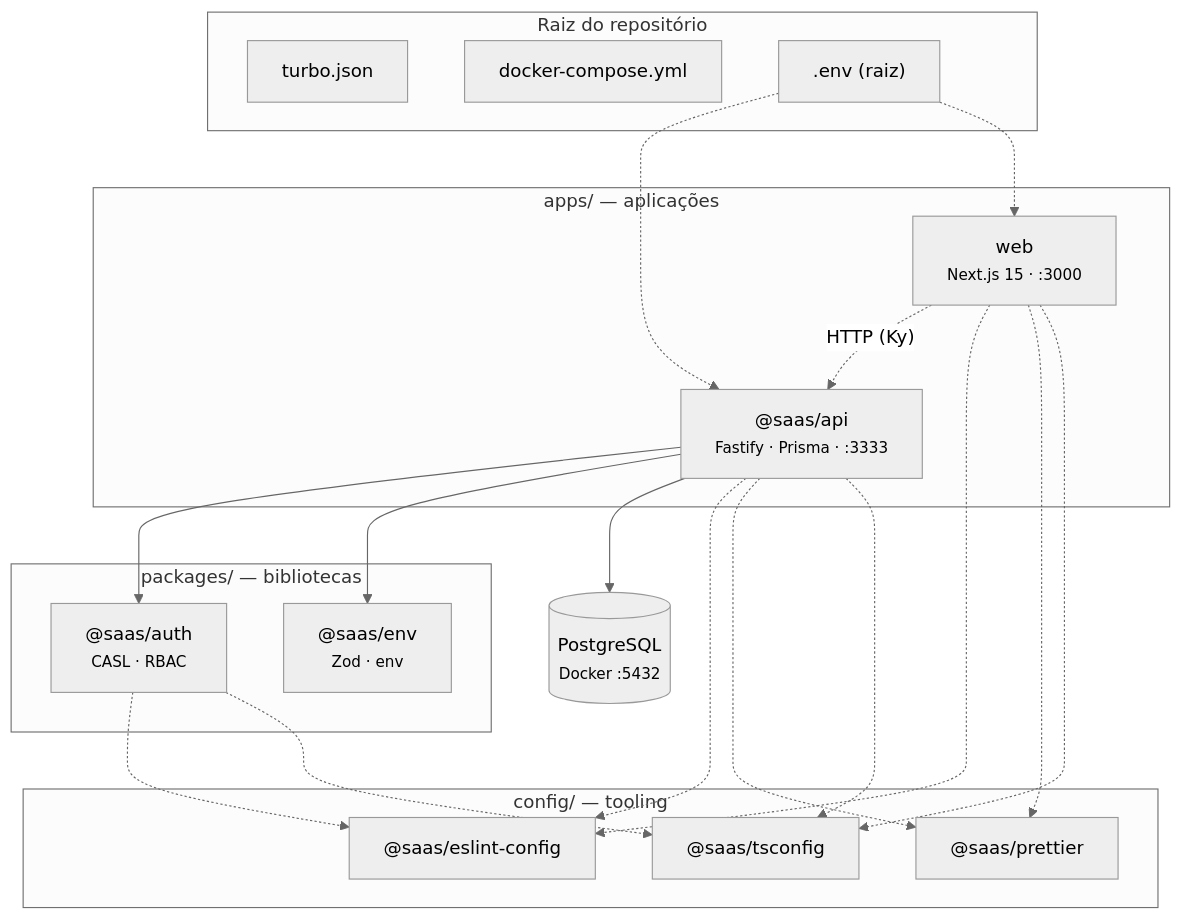
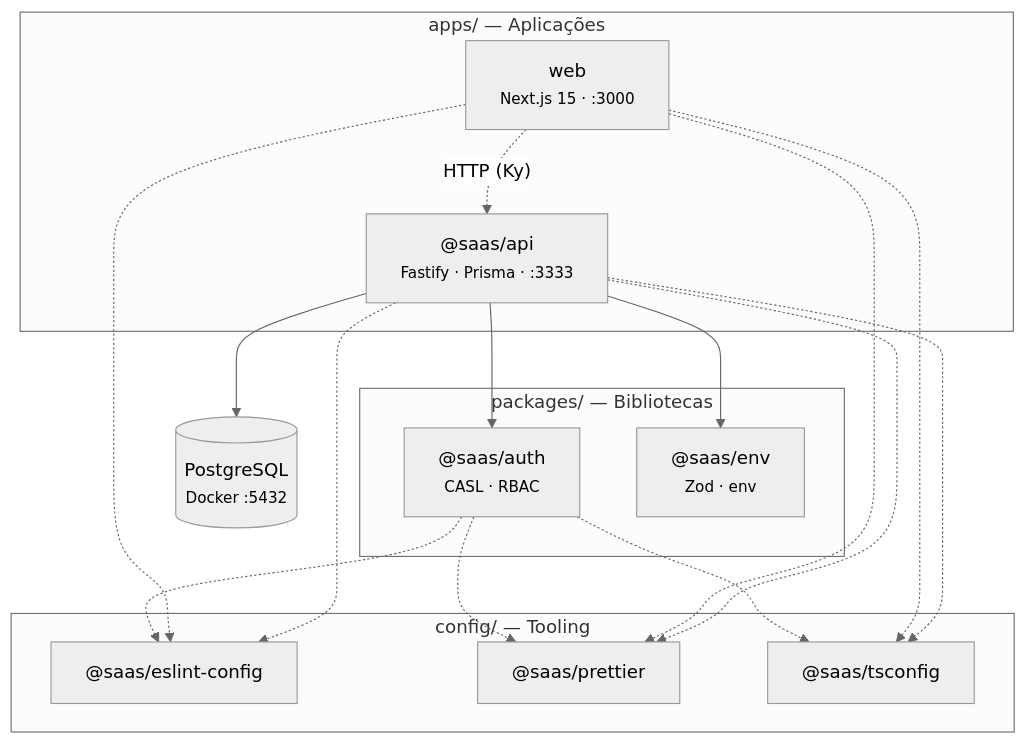
The diagram in README.md (lucas62/next-saas-rbac), drawn with Mermaid (neutral theme) before and after one commit. The commit also changed other lines of this file, not shown here.

Commit message:
docs: update README with project summary and simplified architecture overview

````diff
--- a/README.md
+++ b/README.md
@@ -186,42 +29,27 @@
 ```mermaid
-flowchart TB
-  subgraph root["Raiz do repositório"]
-    turbo["turbo.json"]
-    compose["docker-compose.yml"]
-    envFile[".env (raiz)"]
-  end
-
-  subgraph apps["apps/ — aplicações"]
+flowchart TD
+  subgraph apps["apps/ — Aplicações"]
     api["@saas/api<br/><small>Fastify · Prisma · :3333</small>"]
     web["web<br/><small>Next.js 15 · :3000</small>"]
   end
 
-  subgraph packages["packages/ — bibliotecas"]
+  subgraph packages["packages/ — Bibliotecas"]
     auth["@saas/auth<br/><small>CASL · RBAC</small>"]
-    envPkg["@saas/env<br/><small>Zod · env</small>"]
+    env["@saas/env<br/><small>Zod · env</small>"]
   end
 
-  subgraph config["config/ — tooling"]
+  subgraph config["config/ — Tooling"]
     eslint["@saas/eslint-config"]
     prettier["@saas/prettier"]
     tsconfig["@saas/tsconfig"]
   end
 
   db[("PostgreSQL<br/><small>Docker :5432</small>")]
 
   api --> auth
-  api --> envPkg
+  api --> env
   api --> db
-  envFile -.-> api
-  envFile -.-> web
   web -.->|"HTTP (Ky)"| api
-
-  api -.-> eslint
-  api -.-> prettier
-  api -.-> tsconfig
-  web -.-> eslint
-  web -.-> prettier
-  web -.-> tsconfig
-  auth -.-> eslint
-  auth -.-> tsconfig
+  
+  api & web & auth -.-> eslint & prettier & tsconfig
 ```
````
